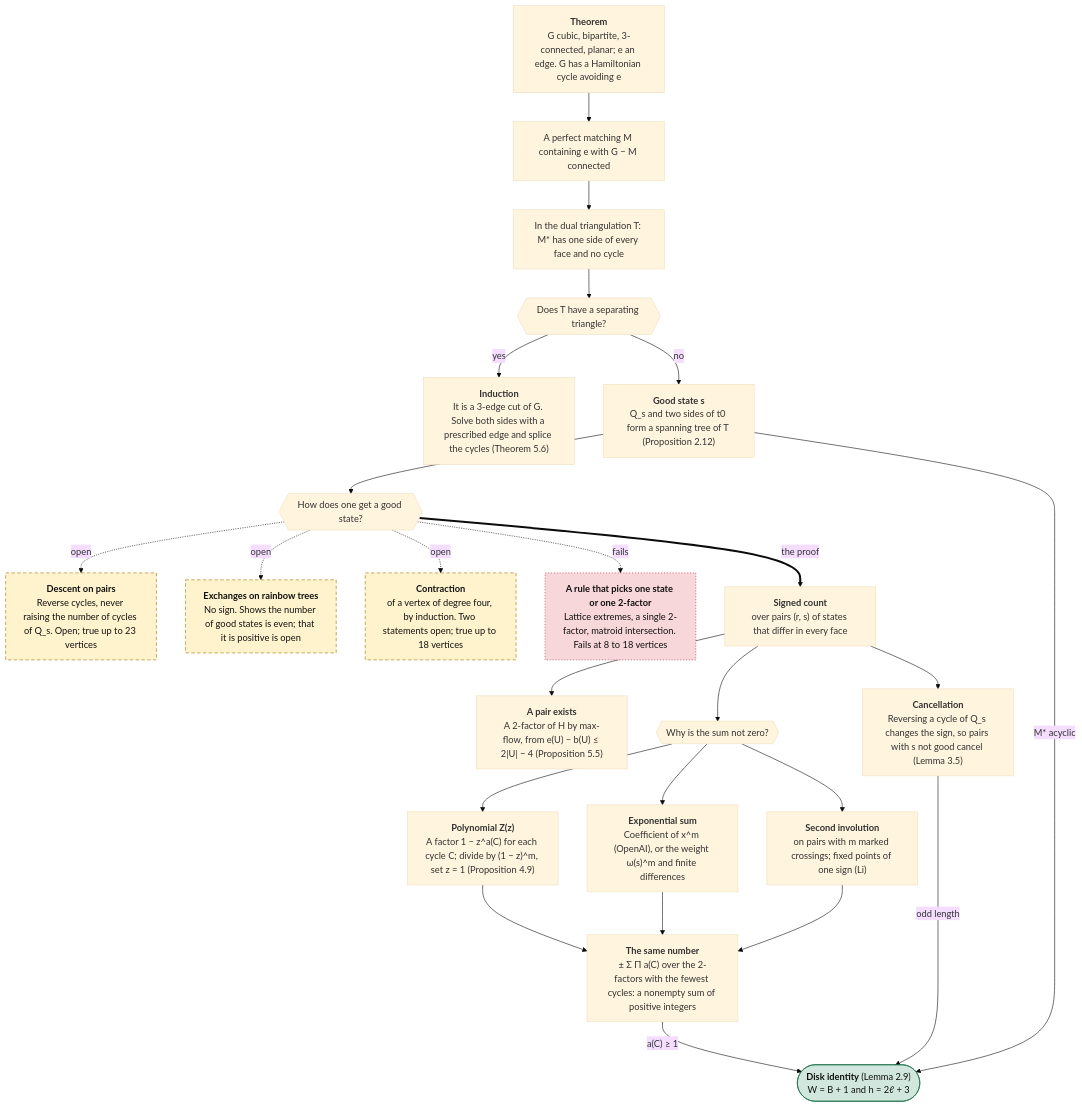
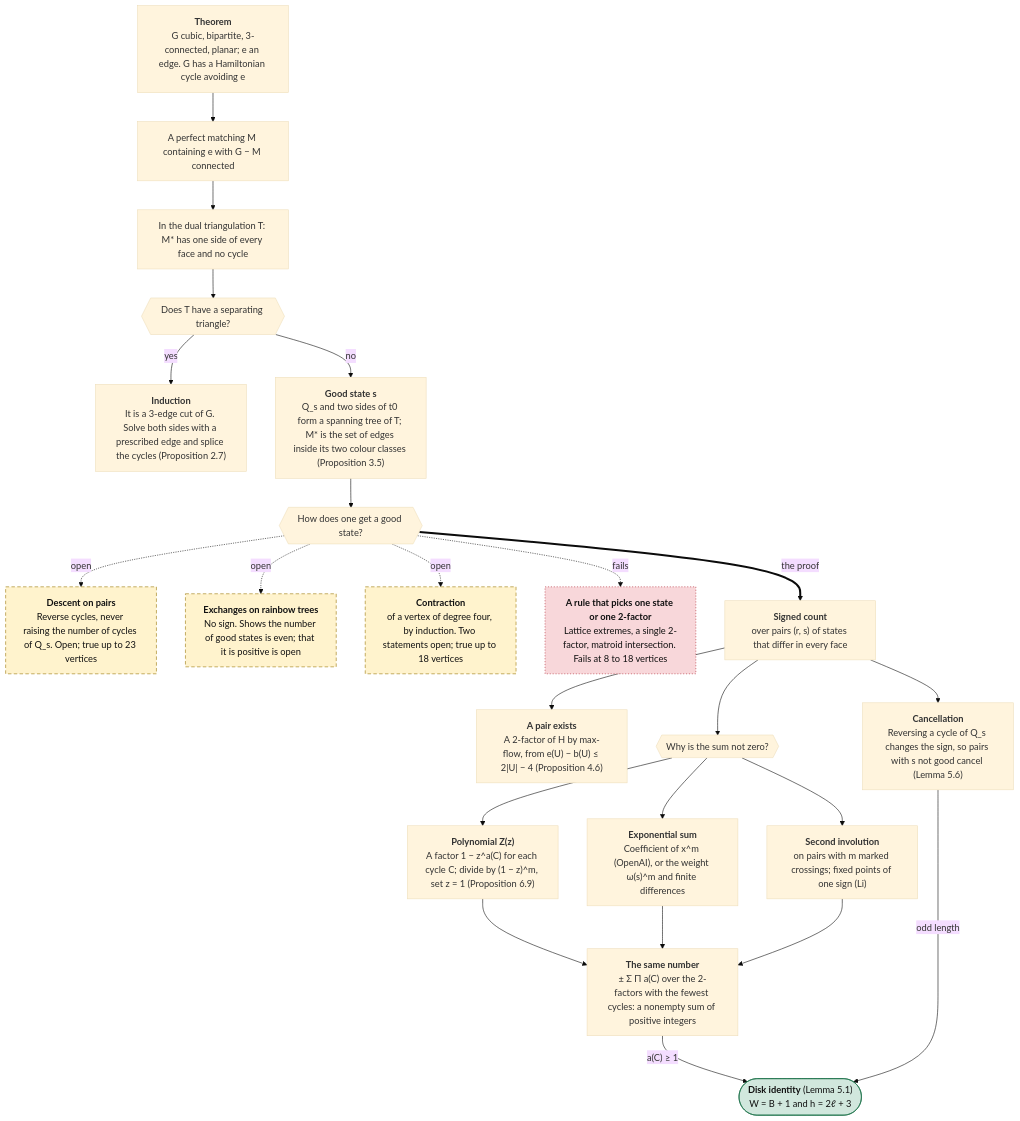
Before and after one commit to Tomodovodoo/mathathon-Barnette-s-Conjecture: the diagram in digestions/routes.md, drawn with Mermaid (base theme). The commit also changed other lines of this file and 17 other files, not shown here.

````diff
--- a/digestions/routes.md
+++ b/digestions/routes.md
@@ -9,53 +9,52 @@
 ```mermaid
 flowchart TD
     THM["<b>Theorem</b><br/>G cubic, bipartite, 3-connected, planar; e an edge. G has a Hamiltonian cycle avoiding e"]
     MATCH["A perfect matching M containing e with G − M connected"]
     DUAL["In the dual triangulation T: M* has one side of every face and no cycle"]
     SEP{{"Does T have a separating triangle?"}}
-    CUT["<b>Induction</b><br/>It is a 3-edge cut of G. Solve both sides with a prescribed edge and splice the cycles (Theorem 5.6)"]
-    GOOD["<b>Good state s</b><br/>Q_s and two sides of t0 form a spanning tree of T (Proposition 2.12)"]
+    CUT["<b>Induction</b><br/>It is a 3-edge cut of G. Solve both sides with a prescribed edge and splice the cycles (Proposition 2.7)"]
+    GOOD["<b>Good state s</b><br/>Q_s and two sides of t0 form a spanning tree of T; M* is the set of edges inside its two colour classes (Proposition 3.5)"]
     HOW{{"How does one get a good state?"}}
 
     THM --> MATCH --> DUAL --> SEP
     SEP -- yes --> CUT
     SEP -- no --> GOOD --> HOW
 
     DESC["<b>Descent on pairs</b><br/>Reverse cycles, never raising the number of cycles of Q_s. Open; true up to 23 vertices"]
     RAIN["<b>Exchanges on rainbow trees</b><br/>No sign. Shows the number of good states is even; that it is positive is open"]
     CONTR["<b>Contraction</b><br/>of a vertex of degree four, by induction. Two statements open; true up to 18 vertices"]
     RULE["<b>A rule that picks one state or one 2-factor</b><br/>Lattice extremes, a single 2-factor, matroid intersection. Fails at 8 to 18 vertices"]
 
     COUNT["<b>Signed count</b><br/>over pairs (r, s) of states that differ in every face"]
-    PAIR["<b>A pair exists</b><br/>A 2-factor of H by max-flow, from e(U) − b(U) ≤ 2|U| − 4 (Proposition 5.5)"]
-    CANCEL["<b>Cancellation</b><br/>Reversing a cycle of Q_s changes the sign, so pairs with s not good cancel (Lemma 3.5)"]
+    PAIR["<b>A pair exists</b><br/>A 2-factor of H by max-flow, from e(U) − b(U) ≤ 2|U| − 4 (Proposition 4.6)"]
+    CANCEL["<b>Cancellation</b><br/>Reversing a cycle of Q_s changes the sign, so pairs with s not good cancel (Lemma 5.6)"]
     NONZ{{"Why is the sum not zero?"}}
 
     HOW -. open .-> DESC
     HOW -. open .-> RAIN
     HOW -. open .-> CONTR
     HOW -. fails .-> RULE
     HOW == the proof ==> COUNT
     COUNT --> PAIR
     COUNT --> NONZ
     COUNT --> CANCEL
 
-    POLY["<b>Polynomial Z(z)</b><br/>A factor 1 − z^a(C) for each cycle C; divide by (1 − z)^m, set z = 1 (Proposition 4.9)"]
+    POLY["<b>Polynomial Z(z)</b><br/>A factor 1 − z^a(C) for each cycle C; divide by (1 − z)^m, set z = 1 (Proposition 6.9)"]
     EXP["<b>Exponential sum</b><br/>Coefficient of x^m (OpenAI), or the weight ω(s)^m and finite differences"]
     INV["<b>Second involution</b><br/>on pairs with m marked crossings; fixed points of one sign (Li)"]
     VAL["<b>The same number</b><br/>± Σ Π a(C) over the 2-factors with the fewest cycles: a nonempty sum of positive integers"]
-    DISK(["<b>Disk identity</b> (Lemma 2.9)<br/>W = B + 1 and h = 2ℓ + 3"])
+    DISK(["<b>Disk identity</b> (Lemma 5.1)<br/>W = B + 1 and h = 2ℓ + 3"])
 
     NONZ --> POLY --> VAL
     NONZ --> EXP --> VAL
     NONZ --> INV --> VAL
     VAL -- "a(C) ≥ 1" --> DISK
     CANCEL -- "odd length" ----> DISK
-    GOOD -- "M* acyclic" --> DISK
 
     classDef open fill:#fff3cd,stroke:#997404,color:#111,stroke-dasharray:6 4
     classDef fails fill:#f8d7da,stroke:#b02a37,color:#111,stroke-dasharray:2 3
     classDef key fill:#d1e7dd,stroke:#146c43,color:#111
     class DESC,RAIN,CONTR open
     class RULE fails
     class DISK key
 ```
````
